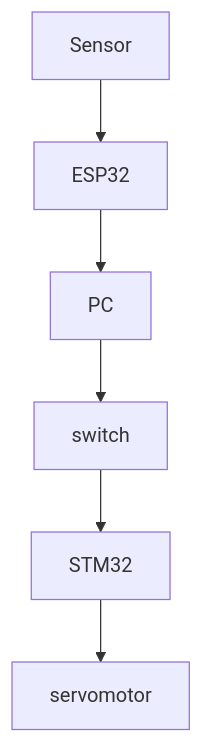
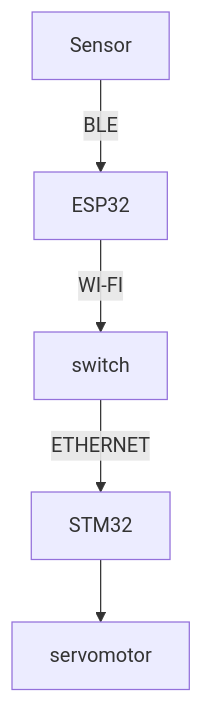
The first of 2 diagrams in README.md (CorentinBordes-CPE/EICProject), drawn with Mermaid before and after one commit. The commit also changed other lines of this file, not shown here.

````diff
--- a/README.md
+++ b/README.md
@@ -15,8 +18,8 @@
 ```mermaid 
 graph
-Sensor-->ESP32
-ESP32-->PC
-PC-->switch
-switch-->STM32
+
+Sensor-->|BLE|ESP32
+ESP32-->|WI-FI|switch
+switch-->|ETHERNET|STM32
 STM32-->servomotor
 ```
````
